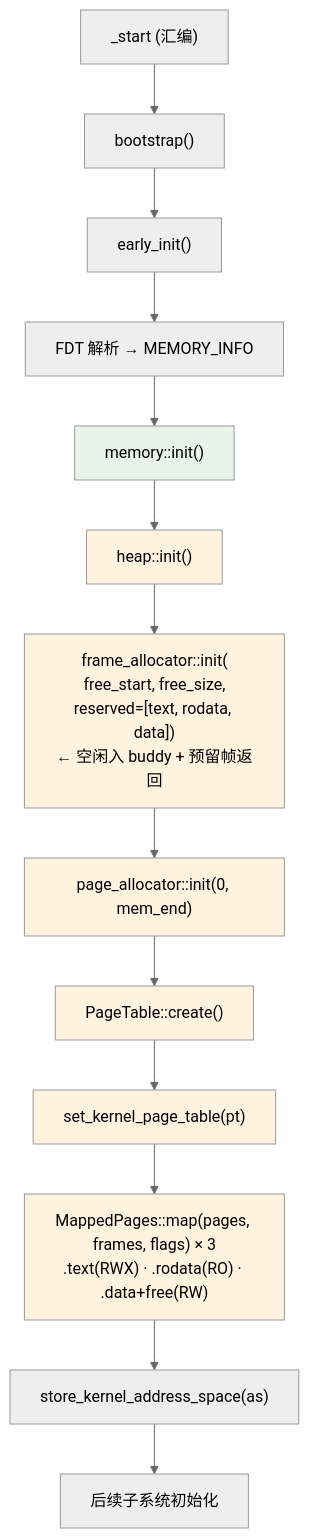
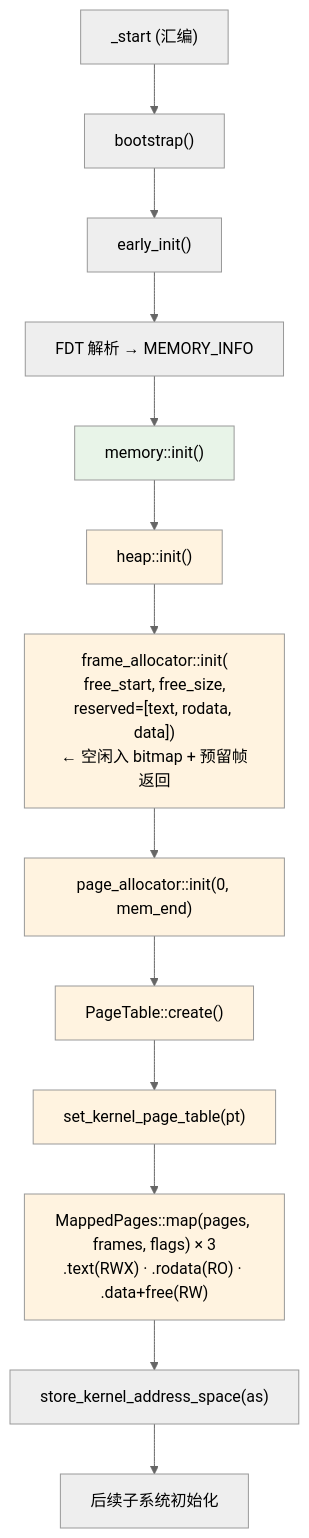
Before and after one commit to MRNIU/SimpleKernel: the tenth of 10 diagrams in docs/design/memory-subsystem.md, drawn with Mermaid (neutral theme). The commit also changed other lines of this file and 10 other files, not shown here.

First line of the commit message:
refactor(frame_allocator): 用 bitmap 替换 buddy_system_allocator

````diff
--- a/docs/design/memory-subsystem.md
+++ b/docs/design/memory-subsystem.md
@@ -609,23 +608,23 @@
 ```mermaid
 flowchart TD
     A["_start (汇编)"] --> B["bootstrap()"]
     B --> C["early_init()"]
     C --> C1["FDT 解析 → MEMORY_INFO"]
     C1 --> D["memory::init()"]
     D --> D1["heap::init()"]
-    D1 --> D2["frame_allocator::init(<br/>free_start, free_size,<br/>reserved=[text, rodata, data])<br/>← 空闲入 buddy + 预留帧返回"]
+    D1 --> D2["frame_allocator::init(<br/>free_start, free_size,<br/>reserved=[text, rodata, data])<br/>← 空闲入 bitmap + 预留帧返回"]
     D2 --> D3["page_allocator::init(0, mem_end)"]
     D3 --> D4["PageTable::create()"]
     D4 --> D5["set_kernel_page_table(pt)"]
     D5 --> D6["MappedPages::map(pages, frames, flags) × 3<br/>.text(RWX) · .rodata(RO) · .data+free(RW)"]
     D6 --> D7["store_kernel_address_space(as)"]
     D7 --> E["后续子系统初始化"]
 
     style D fill:#e8f4e8
     style D1 fill:#fff3e0
     style D2 fill:#fff3e0
     style D3 fill:#fff3e0
     style D4 fill:#fff3e0
     style D5 fill:#fff3e0
     style D6 fill:#fff3e0
 ```
````
